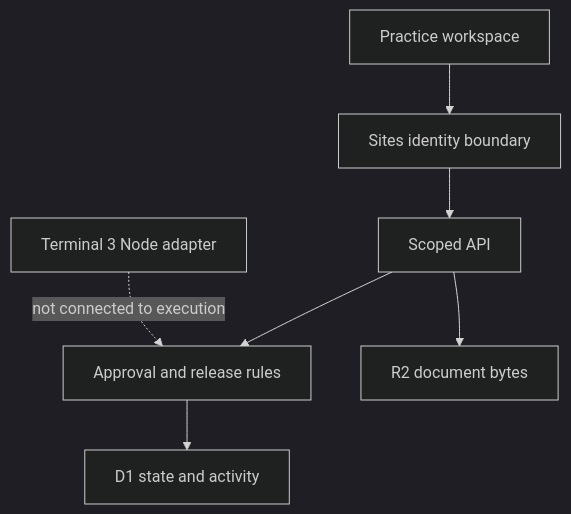
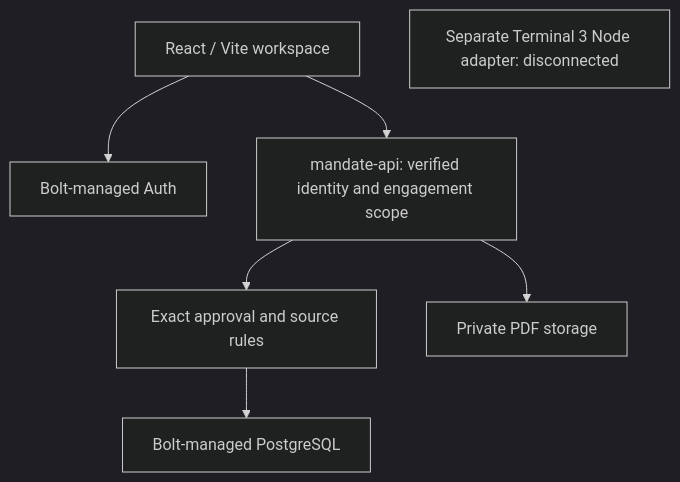
The diagram in docs/architecture.md (dcontessa/mandate), drawn with Mermaid (dark theme) before and after one commit. The commit also changed other lines of this file and 12 other files, not shown here.

````diff
--- a/docs/architecture.md
+++ b/docs/architecture.md
@@ -5,9 +5,9 @@
 ```mermaid
 flowchart TD
-  UI["Practice workspace"] --> AUTH["Sites identity boundary"]
-  AUTH --> API["Scoped API"]
-  API --> POLICY["Approval and release rules"]
-  POLICY --> D1["D1 state and activity"]
-  API --> R2["R2 document bytes"]
-  T3["Terminal 3 Node adapter"] -. "not connected to execution" .-> POLICY
+ UI["React / Vite workspace"] --> AUTH["Bolt-managed Auth"]
+ UI --> API["mandate-api: verified identity and engagement scope"]
+ API --> RULES["Exact approval and source rules"]
+ RULES --> DB["Bolt-managed PostgreSQL"]
+ API --> FILES["Private PDF storage"]
+ T3["Separate Terminal 3 Node adapter: disconnected"]
 ```
````
